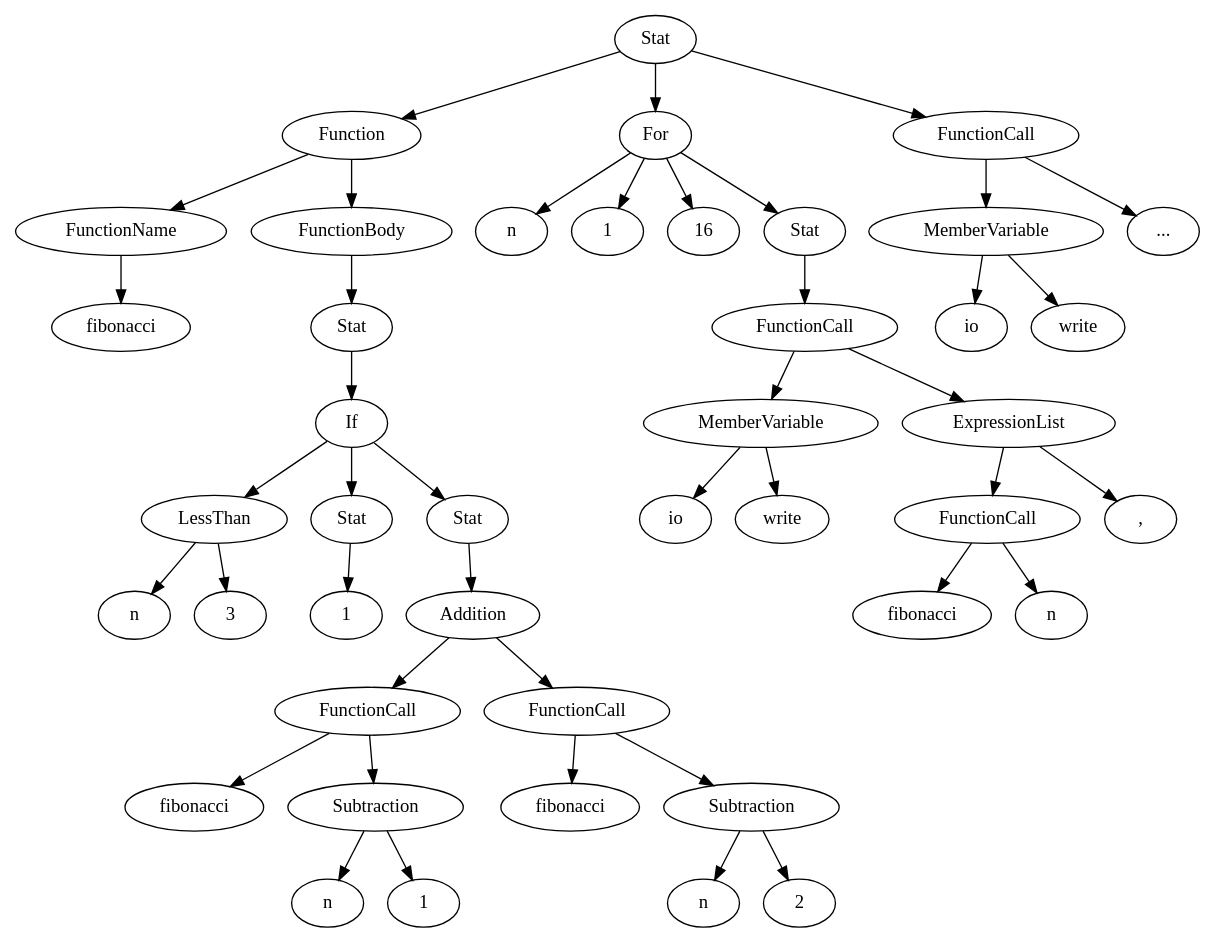
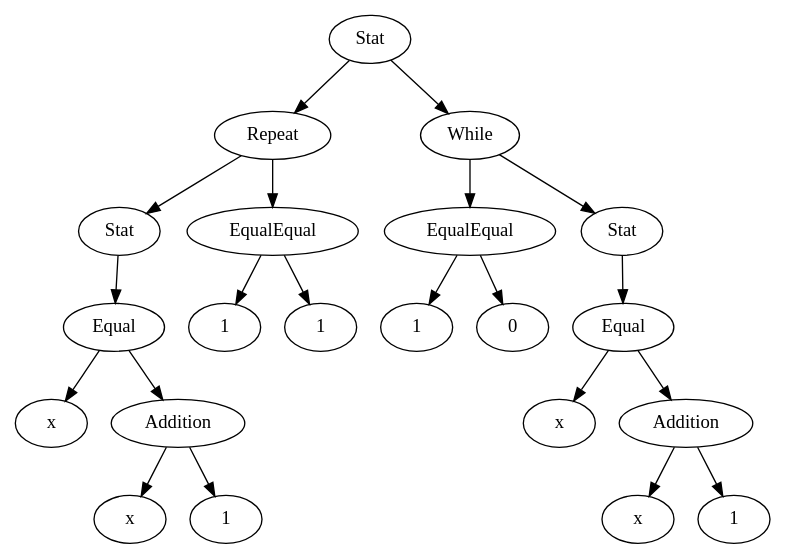
The diagram in graph.dot (K1N62/LUA-Interpreter), drawn with Graphviz before and after one commit. The commit also changed 289 other files, not shown here.

```diff
--- a/graph.dot
+++ b/graph.dot
@@ -1,87 +1,43 @@
 digraph {
-1 [label="fibonacci"]
-2 [label="FunctionName"]
-2 -> 1
-3 [label="n"]
-4 [label="3"]
-5 [label="LessThan"]
-5 -> 3
+1 [label="x"]
+2 [label="x"]
+3 [label="1"]
+4 [label="Addition"]
+4 -> 2
+4 -> 3
+5 [label="Equal"]
+5 -> 1
 5 -> 4
-6 [label="1"]
-7 [label="Stat"]
-7 -> 6
-8 [label="fibonacci"]
-9 [label="n"]
-10 [label="1"]
-11 [label="Subtraction"]
-11 -> 9
-11 -> 10
-12 [label="FunctionCall"]
-12 -> 8
-12 -> 11
-13 [label="fibonacci"]
-14 [label="n"]
-15 [label="2"]
-16 [label="Subtraction"]
-16 -> 14
-16 -> 15
-17 [label="FunctionCall"]
-17 -> 13
+6 [label="Stat"]
+6 -> 5
+7 [label="1"]
+8 [label="1"]
+9 [label="EqualEqual"]
+9 -> 7
+9 -> 8
+10 [label="Repeat"]
+10 -> 6
+10 -> 9
+11 [label="1"]
+12 [label="0"]
+13 [label="EqualEqual"]
+13 -> 11
+13 -> 12
+14 [label="x"]
+15 [label="x"]
+16 [label="1"]
+17 [label="Addition"]
+17 -> 15
 17 -> 16
-18 [label="Addition"]
-18 -> 12
+18 [label="Equal"]
+18 -> 14
 18 -> 17
 19 [label="Stat"]
 19 -> 18
-20 [label="If"]
-20 -> 5
-20 -> 7
+20 [label="While"]
+20 -> 13
 20 -> 19
 21 [label="Stat"]
+21 -> 10
 21 -> 20
-22 [label="FunctionBody"]
-22 -> 21
-23 [label="Function"]
-23 -> 2
-23 -> 22
-24 [label="n"]
-25 [label="1"]
-26 [label="16"]
-27 [label="io"]
-28 [label="write"]
-29 [label="MemberVariable"]
-29 -> 27
-29 -> 28
-30 [label="fibonacci"]
-31 [label="n"]
-32 [label="FunctionCall"]
-32 -> 30
-32 -> 31
-33 [label=", "]
-34 [label="ExpressionList"]
-34 -> 32
-34 -> 33
-35 [label="FunctionCall"]
-35 -> 29
-35 -> 34
-36 [label="Stat"]
-36 -> 35
-37 [label="For"]
-37 -> 24
-37 -> 25
-37 -> 26
-37 -> 36
-38 [label="io"]
-39 [label="write"]
-40 [label="MemberVariable"]
-40 -> 38
-40 -> 39
-41 [label="...\n"]
-42 [label="FunctionCall"]
-42 -> 40
-42 -> 41
-43 [label="Stat"]
-43 -> 23
-43 -> 37
-43 -> 42
 }
```
